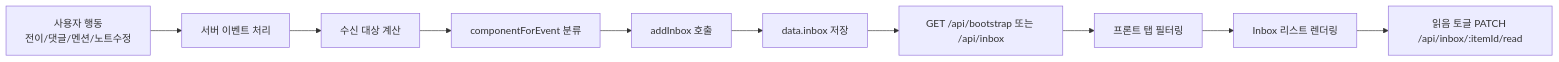
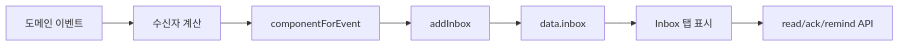
One commit to claire-yunsumin/test changed the diagram in docs/INBOX_LIFECYCLE.md. Above: the diagram before and after it, drawn with Mermaid. The commit also changed other lines of this file and 18 other files, not shown here.

````diff
--- a/docs/INBOX_LIFECYCLE.md
+++ b/docs/INBOX_LIFECYCLE.md
@@ -115,12 +58,9 @@
 ```mermaid
 flowchart LR
-  A[사용자 행동<br/>전이/댓글/멘션/노트수정] --> B[서버 이벤트 처리]
-  B --> C[수신 대상 계산]
-  C --> D[componentForEvent 분류]
-  D --> E[addInbox 호출]
-  E --> F[data.inbox 저장]
-  F --> G[GET /api/bootstrap 또는 /api/inbox]
-  G --> H[프론트 탭 필터링]
-  H --> I[Inbox 리스트 렌더링]
-  I --> J[읽음 토글 PATCH /api/inbox/:itemId/read]
+  A[도메인 이벤트] --> B[수신자 계산]
+  B --> C[componentForEvent]
+  C --> D[addInbox]
+  D --> E[data.inbox]
+  E --> F[Inbox 탭 표시]
+  F --> G[read/ack/remind API]
 ```
````
